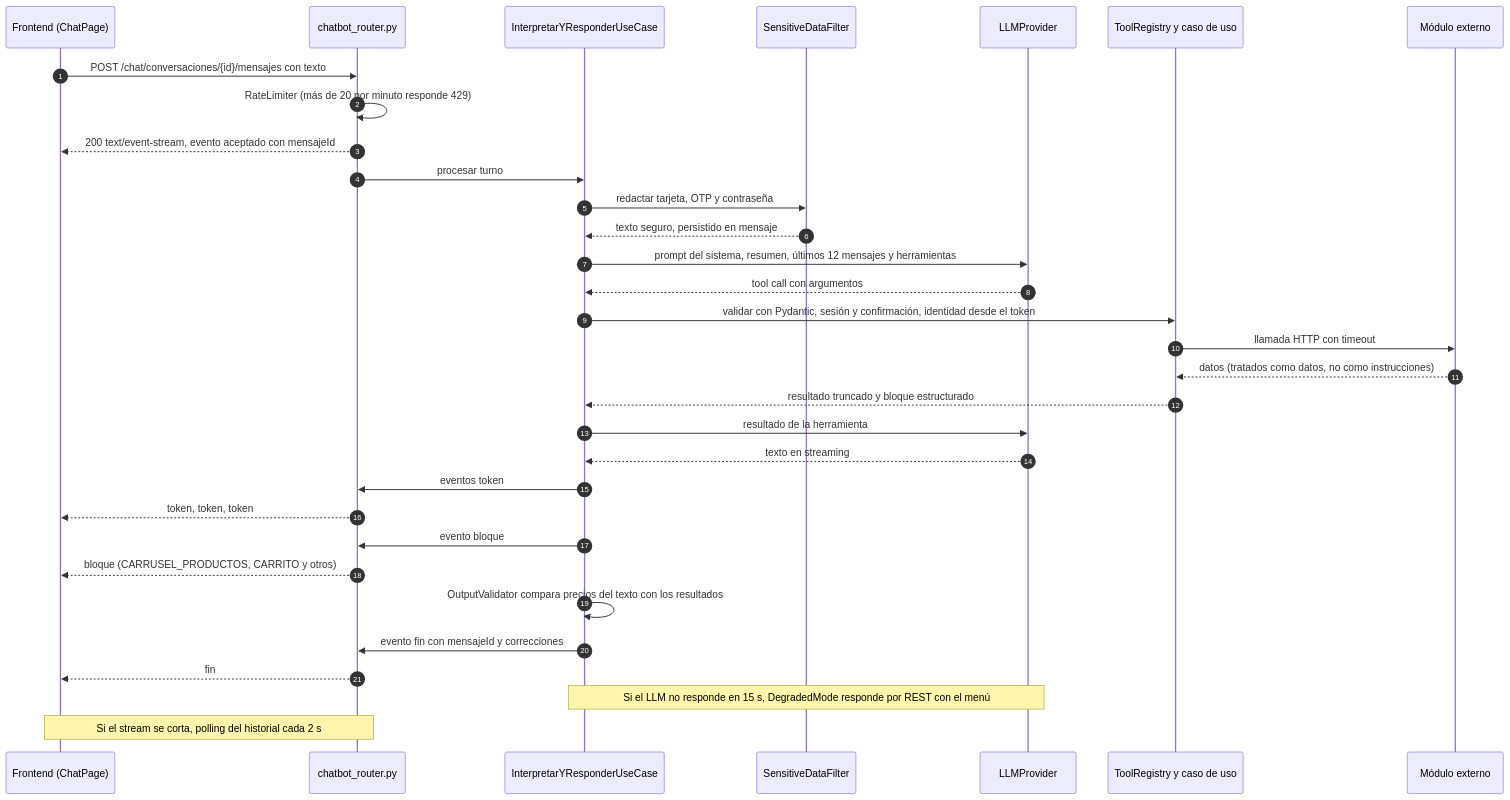
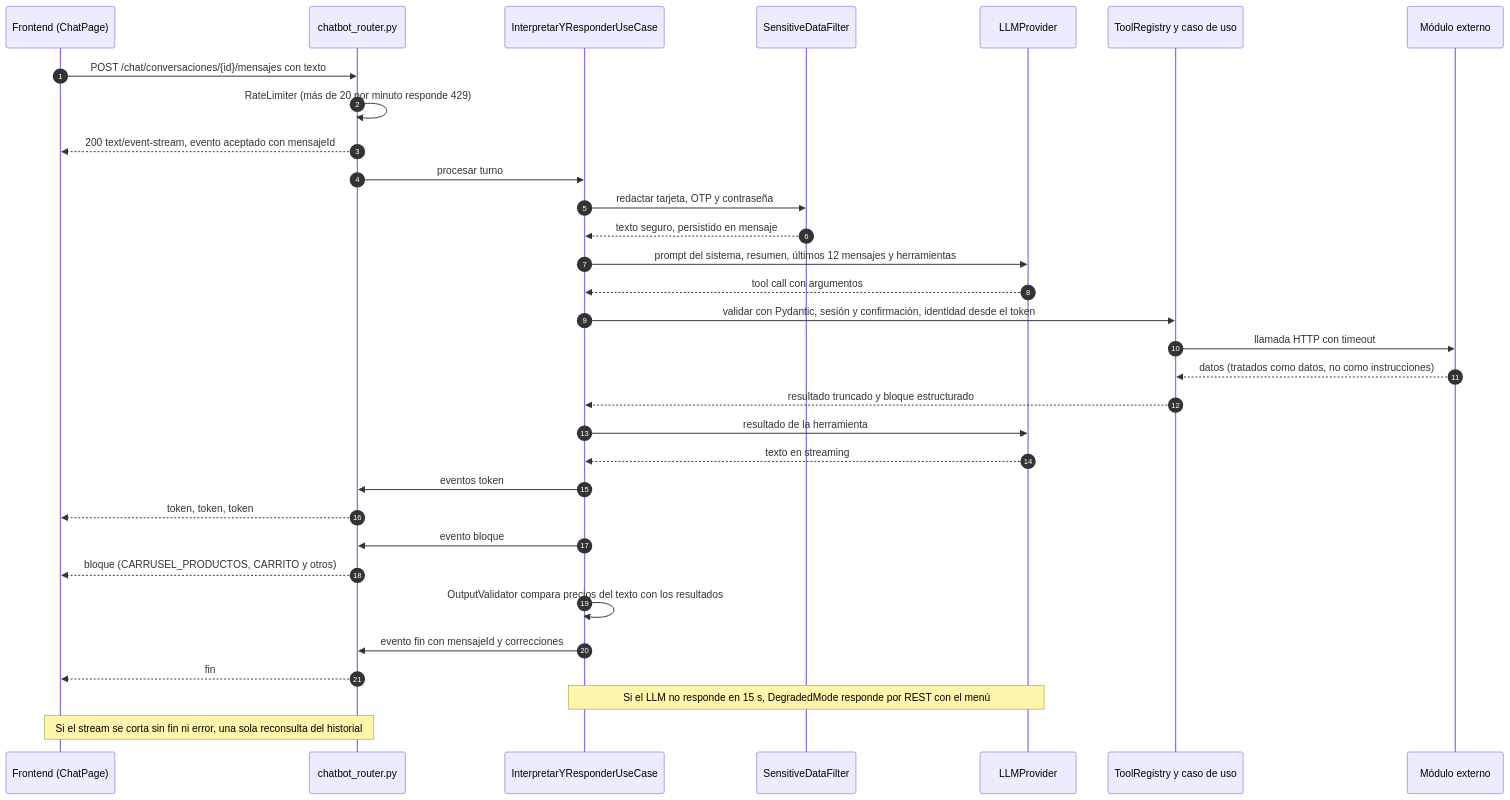
The fifth of 6 diagrams in docs/conversacion/flujos-conversacion.md (Taller-SW-Web/G3-Chatbot-specs), drawn with Mermaid before and after one commit. The commit also changed other lines of this file and 10 other files, not shown here.

````diff
--- a/docs/conversacion/flujos-conversacion.md
+++ b/docs/conversacion/flujos-conversacion.md
@@ -178,35 +178,35 @@
 ```mermaid
 sequenceDiagram
     autonumber
     participant FE as Frontend (ChatPage)
     participant REST as chatbot_router.py
     participant UC as InterpretarYResponderUseCase
     participant F as SensitiveDataFilter
     participant LLM as LLMProvider
     participant TR as ToolRegistry y caso de uso
     participant MOD as Módulo externo
 
     FE->>REST: POST /chat/conversaciones/{id}/mensajes con texto
     REST->>REST: RateLimiter (más de 20 por minuto responde 429)
     REST-->>FE: 200 text/event-stream, evento aceptado con mensajeId
     REST->>UC: procesar turno
     UC->>F: redactar tarjeta, OTP y contraseña
     F-->>UC: texto seguro, persistido en mensaje
     UC->>LLM: prompt del sistema, resumen, últimos 12 mensajes y herramientas
     LLM-->>UC: tool call con argumentos
     UC->>TR: validar con Pydantic, sesión y confirmación, identidad desde el token
     TR->>MOD: llamada HTTP con timeout
     MOD-->>TR: datos (tratados como datos, no como instrucciones)
     TR-->>UC: resultado truncado y bloque estructurado
     UC->>LLM: resultado de la herramienta
     LLM-->>UC: texto en streaming
     UC->>REST: eventos token
     REST-->>FE: token, token, token
     UC->>REST: evento bloque
     REST-->>FE: bloque (CARRUSEL_PRODUCTOS, CARRITO y otros)
     UC->>UC: OutputValidator compara precios del texto con los resultados
     UC->>REST: evento fin con mensajeId y correcciones
     REST-->>FE: fin
     Note over UC,LLM: Si el LLM no responde en 15 s, DegradedMode responde por REST con el menú
-    Note over FE,REST: Si el stream se corta, polling del historial cada 2 s
+    Note over FE,REST: Si el stream se corta sin fin ni error, una sola reconsulta del historial
 ```
````
